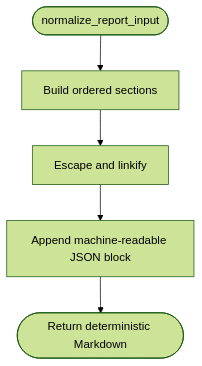
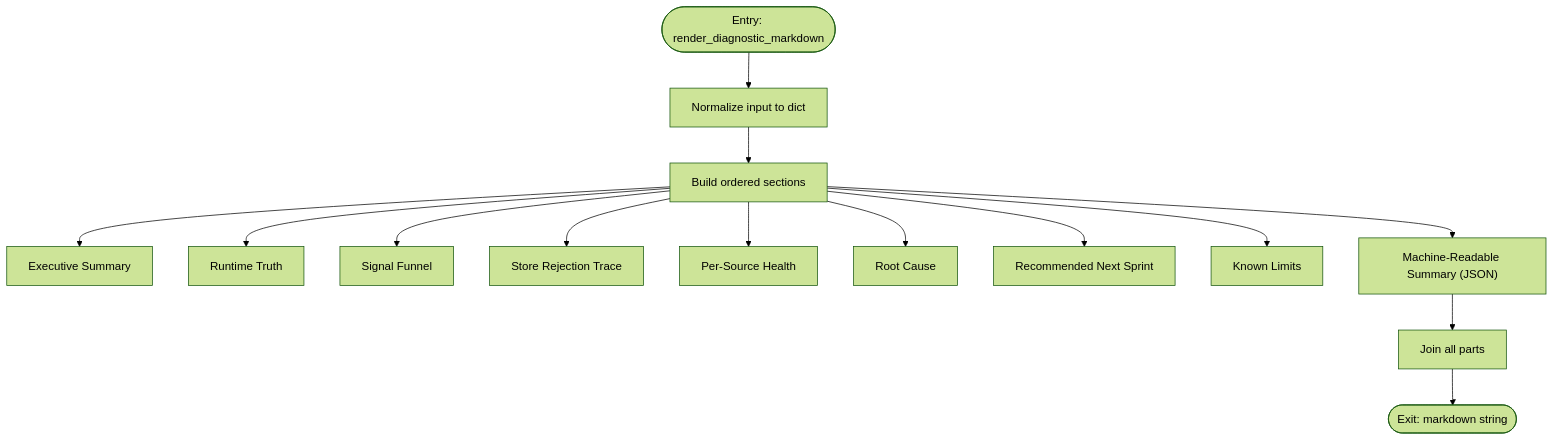
One commit to Hamulda/hledac-universal changed the third of 6 diagrams in .qoder/repowiki/en/content/Export and Reporting/Markdown Reporting.md. Above: the diagram before and after it, drawn with Mermaid (forest theme). The commit also changed other lines of this file and 236 other files, not shown here.

````diff
--- a/.qoder/repowiki/en/content/Export and Reporting/Markdown Reporting.md
+++ b/.qoder/repowiki/en/content/Export and Reporting/Markdown Reporting.md
@@ -170,7 +157,16 @@
 ```mermaid
 flowchart TD
-Start(["normalize_report_input"]) --> BuildSections["Build ordered sections"]
-BuildSections --> Escaping["Escape and linkify"]
-Escaping --> AppendJSON["Append machine-readable JSON block"]
-AppendJSON --> End(["Return deterministic Markdown"])
+Start(["Entry: render_diagnostic_markdown"]) --> Normalize["Normalize input to dict"]
+Normalize --> BuildSections["Build ordered sections"]
+BuildSections --> ExecSum["Executive Summary"]
+BuildSections --> RuntimeTruth["Runtime Truth"]
+BuildSections --> SignalFunnel["Signal Funnel"]
+BuildSections --> StoreRejection["Store Rejection Trace"]
+BuildSections --> PerSource["Per-Source Health"]
+BuildSections --> RootCause["Root Cause"]
+BuildSections --> Recommendation["Recommended Next Sprint"]
+BuildSections --> KnownLimits["Known Limits"]
+BuildSections --> MachineSummary["Machine-Readable Summary (JSON)"]
+MachineSummary --> Join["Join all parts"]
+Join --> End(["Exit: markdown string"])
 ```
````
